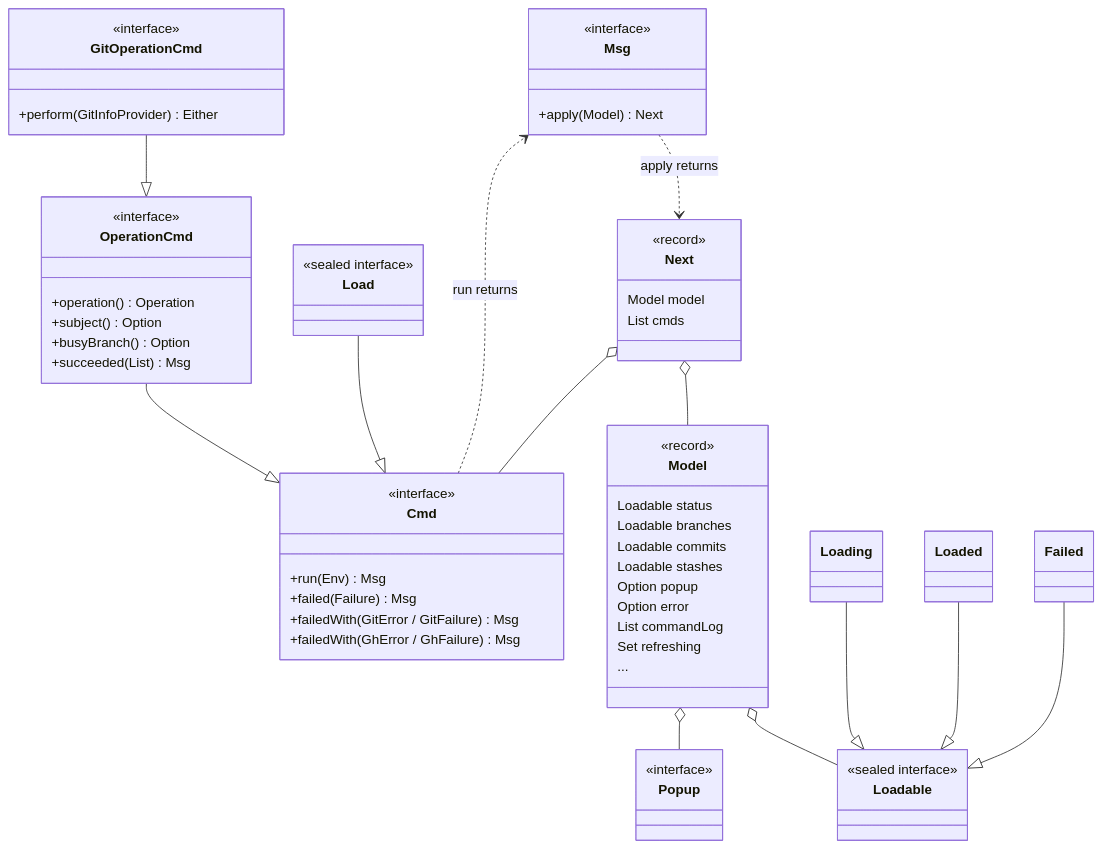
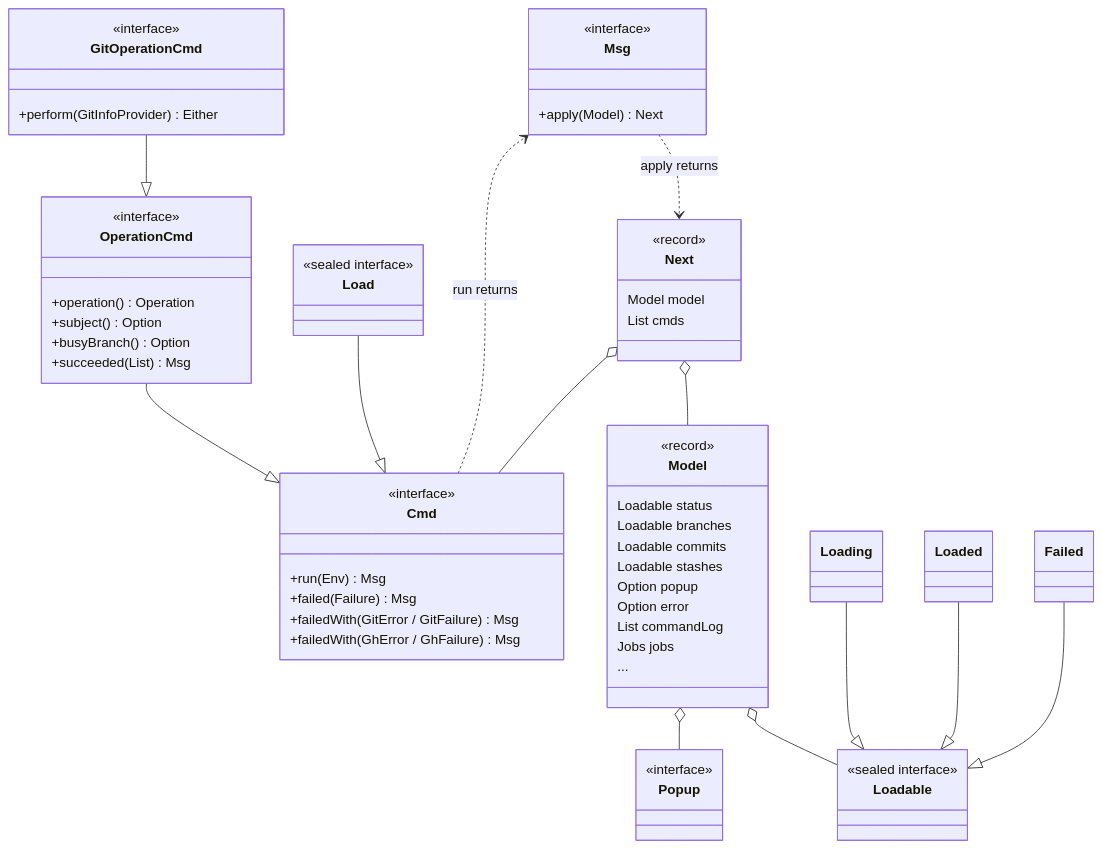
Before and after one commit to cvanfleteren/jazygit: the third of 7 diagrams in ARCHITECTURE.md, drawn with Mermaid. The commit also changed other lines of this file and 43 other files, not shown here.

````diff
--- a/ARCHITECTURE.md
+++ b/ARCHITECTURE.md
@@ -515,63 +521,63 @@
 ```mermaid
 classDiagram
     class Msg {
         <<interface>>
         +apply(Model) Next
     }
     class Next {
         <<record>>
         Model model
         List cmds
     }
     class Cmd {
         <<interface>>
         +run(Env) Msg
         +failed(Failure) Msg
         +failedWith(GitError / GitFailure) Msg
         +failedWith(GhError / GhFailure) Msg
     }
     class Load {
         <<sealed interface>>
     }
     class OperationCmd {
         <<interface>>
         +operation() Operation
         +subject() Option
         +busyBranch() Option
         +succeeded(List) Msg
     }
     class GitOperationCmd {
         <<interface>>
         +perform(GitInfoProvider) Either
     }
     class Model {
         <<record>>
         Loadable status
         Loadable branches
         Loadable commits
         Loadable stashes
         Option popup
         Option error
         List commandLog
-        Set refreshing
+        Jobs jobs
         ...
     }
     class Loadable {
         <<sealed interface>>
     }
     Loading --|> Loadable
     Loaded --|> Loadable
     Failed --|> Loadable
     class Popup {
         <<interface>>
     }
     Msg ..> Next : apply returns
     Next o-- Model
     Next o-- Cmd
     Load --|> Cmd
     OperationCmd --|> Cmd
     GitOperationCmd --|> OperationCmd
     Model o-- Loadable
     Model o-- Popup
     Cmd ..> Msg : run returns
 ```
````
